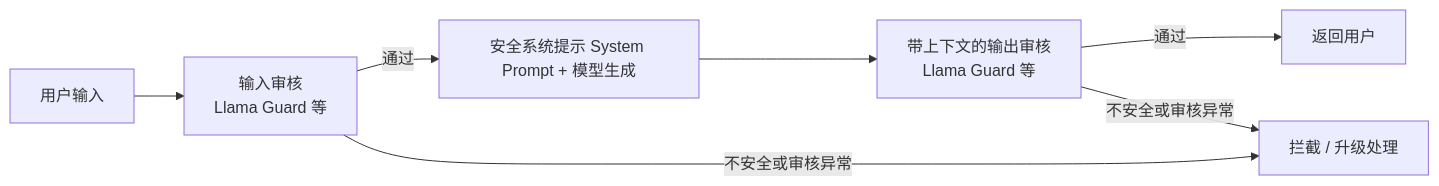
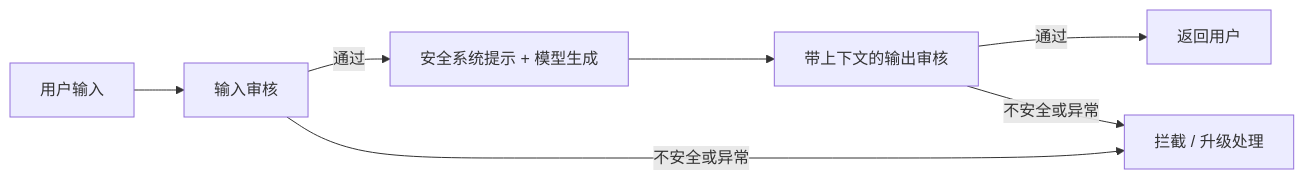
Before and after one commit to AI-learning-simple/Build-Your-Own-LLM: the first of 2 diagrams in 2. Alignment 与训练工程/7. 安全对齐（Safety Alignment）——风险边界与多层防护.md, drawn with Mermaid. The commit also changed other lines of this file and 65 other files, not shown here.

````diff
--- a/2. Alignment 与训练工程/7. 安全对齐（Safety Alignment）——风险边界与多层防护.md
+++ b/2. Alignment 与训练工程/7. 安全对齐（Safety Alignment）——风险边界与多层防护.md
@@ -50,9 +82,9 @@
 ```mermaid
 flowchart LR
-    A[用户输入] --> B[输入审核<br/>Llama Guard 等]
-    B -->|通过| C[安全系统提示 System Prompt + 模型生成]
-    C --> D[带上下文的输出审核<br/>Llama Guard 等]
+    A[用户输入] --> B[输入审核]
+    B -->|通过| C[安全系统提示 + 模型生成]
+    C --> D[带上下文的输出审核]
     D -->|通过| E[返回用户]
-    B -->|不安全或审核异常| F[拦截 / 升级处理]
-    D -->|不安全或审核异常| F
+    B -->|不安全或异常| F[拦截 / 升级处理]
+    D -->|不安全或异常| F
 ```
````
